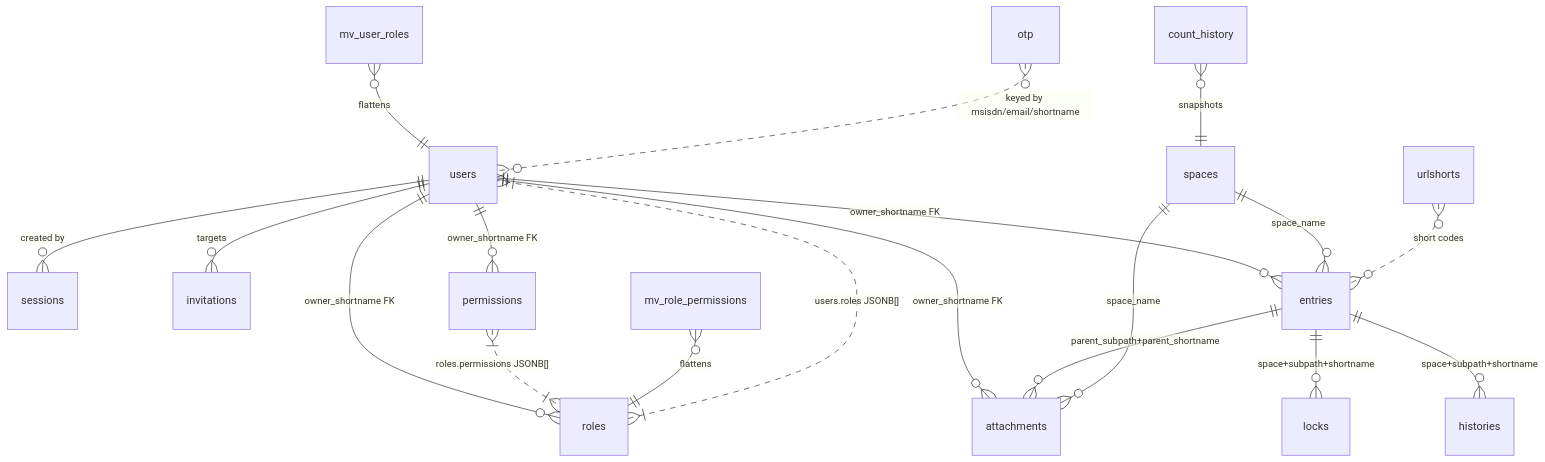
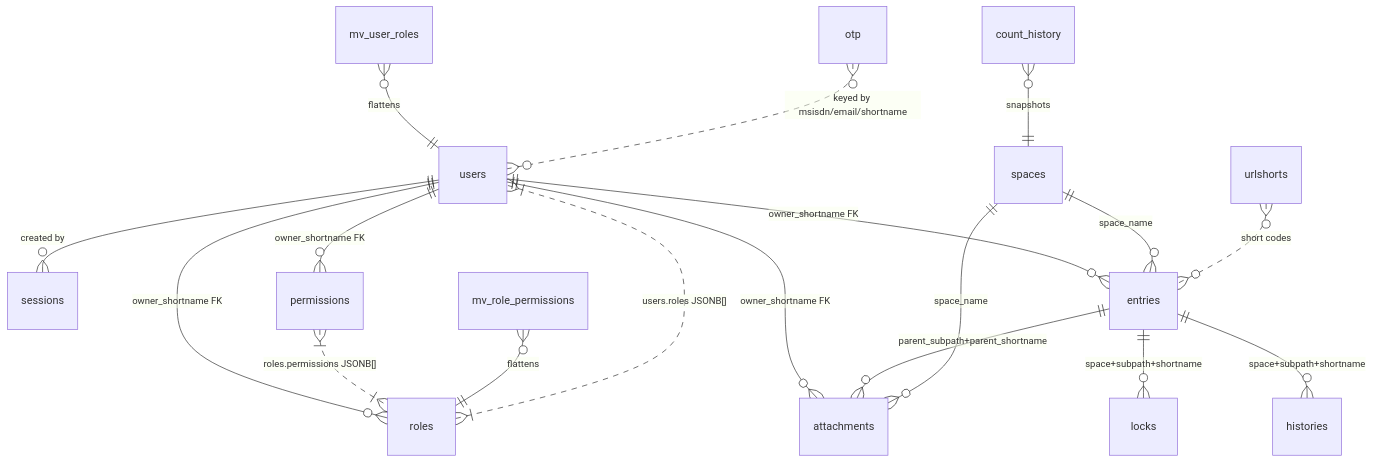
Before and after one commit to saifsaeedr/saif-csdmart: the diagram in docs/data-model.md, drawn with Mermaid. The commit also changed other lines of this file and 6 other files, not shown here.

````diff
--- a/docs/data-model.md
+++ b/docs/data-model.md
@@ -121,21 +120,20 @@
 ```mermaid
 erDiagram
     users ||--o{ sessions : "created by"
-    users ||--o{ invitations : "targets"
     users ||--o{ entries : "owner_shortname FK"
     users ||--o{ attachments : "owner_shortname FK"
     users ||--o{ permissions : "owner_shortname FK"
     users ||--o{ roles : "owner_shortname FK"
     roles  }|..|{ users : "users.roles JSONB[]"
     permissions }|..|{ roles : "roles.permissions JSONB[]"
     mv_user_roles }o--|| users : "flattens"
     mv_role_permissions }o--|| roles : "flattens"
     entries ||--o{ attachments : "parent_subpath+parent_shortname"
     entries ||--o{ histories : "space+subpath+shortname"
     entries ||--o{ locks : "space+subpath+shortname"
     spaces ||--o{ entries : "space_name"
     spaces ||--o{ attachments : "space_name"
     otp }o..o{ users : "keyed by msisdn/email/shortname"
     count_history }o--|| spaces : "snapshots"
     urlshorts }o..o{ entries : "short codes"
 ```
````
